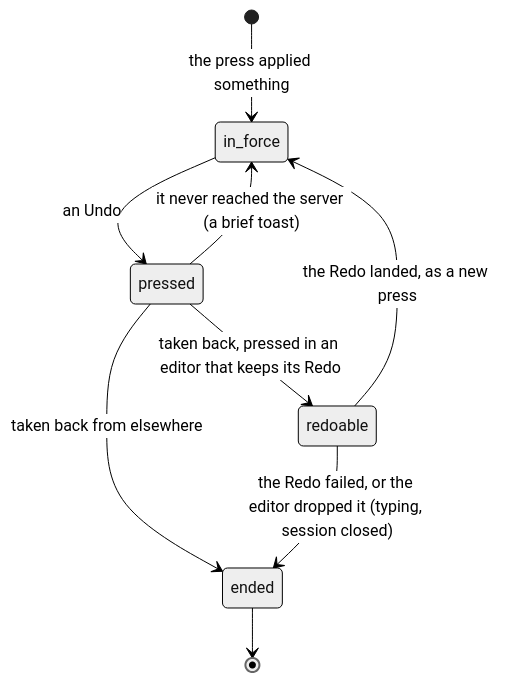
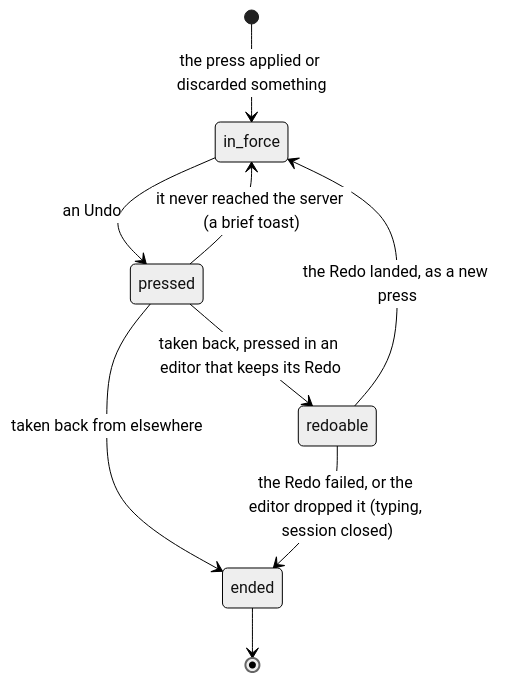
One commit to haowjy/meridian-flow changed the diagram in apps/app/src/features/draft-review/.context/state-machines.md. Above: the diagram before and after it, drawn with Mermaid (neutral theme). The commit also changed other lines of this file and 16 other files, not shown here.

````diff
--- a/apps/app/src/features/draft-review/.context/state-machines.md
+++ b/apps/app/src/features/draft-review/.context/state-machines.md
@@ -19,11 +18,11 @@
 ```mermaid
 stateDiagram-v2
-  [*] --> in_force: the press applied something
+  [*] --> in_force: the press applied or discarded something
   in_force --> pressed: an Undo
   pressed --> in_force: it never reached the server (a brief toast)
   pressed --> redoable: taken back, pressed in an editor that keeps its Redo
   pressed --> ended: taken back from elsewhere
   redoable --> in_force: the Redo landed, as a new press
   redoable --> ended: the Redo failed, or the editor dropped it (typing, session closed)
   ended --> [*]
 ```
````
